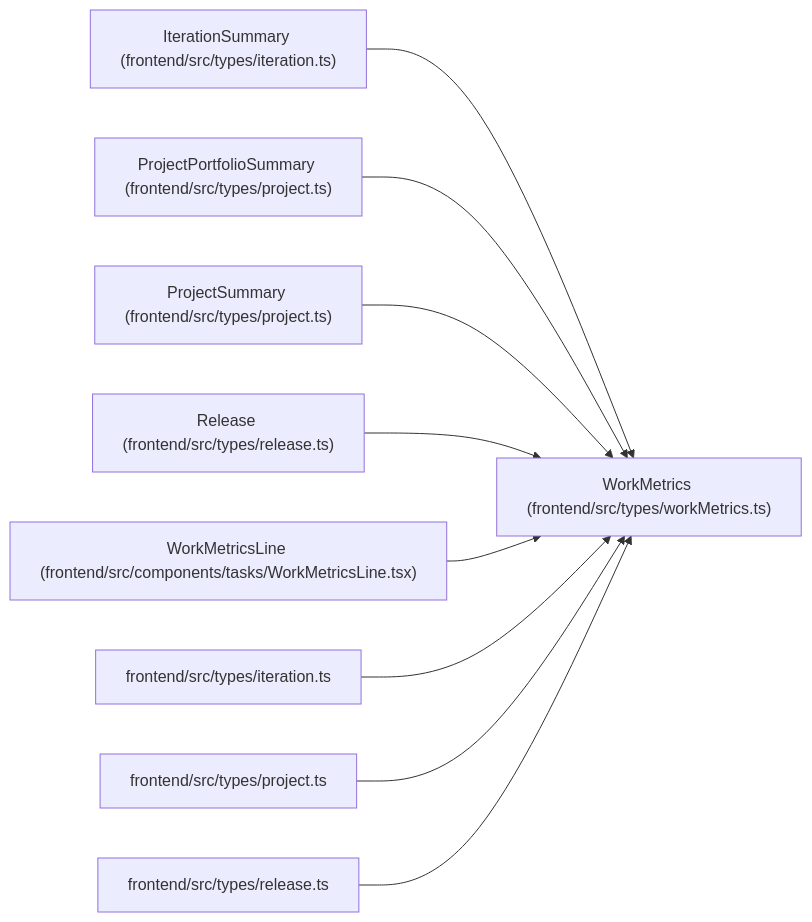
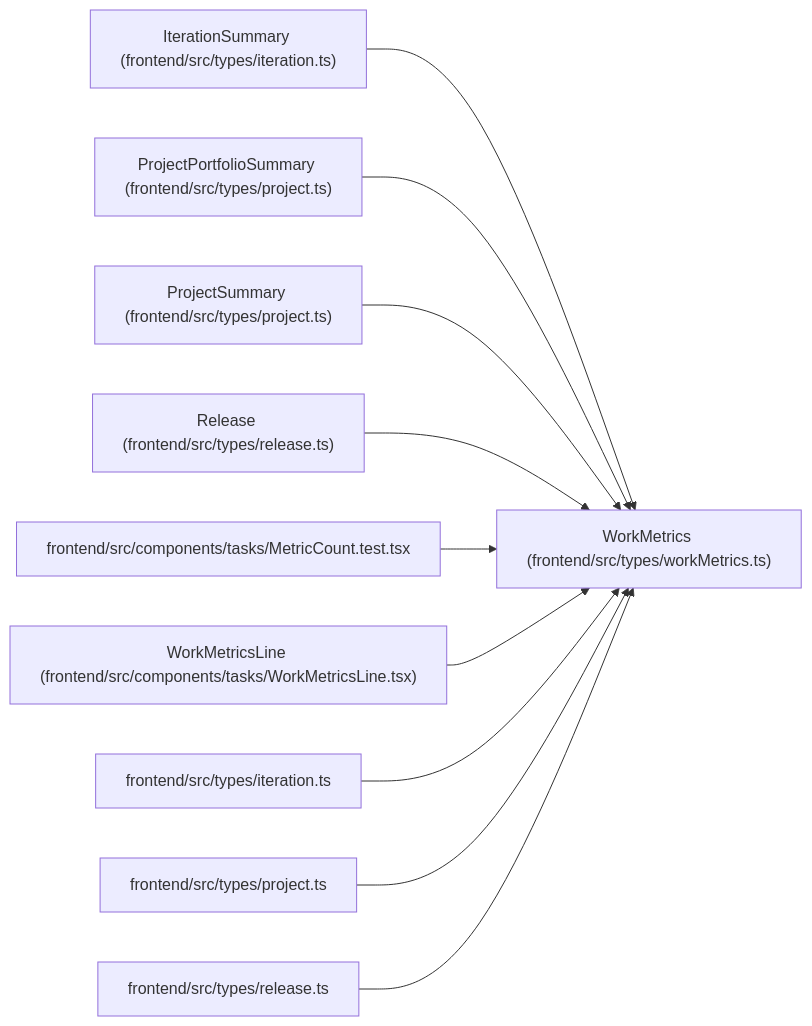
The diagram in docs/llm_wiki/entities/WorkMetrics.md (Denissvgn/WorkChord), drawn with Mermaid before and after one commit. The commit also changed other lines of this file and 543 other files, not shown here.

````diff
--- a/docs/llm_wiki/entities/WorkMetrics.md
+++ b/docs/llm_wiki/entities/WorkMetrics.md
@@ -37,29 +37,32 @@
 ```mermaid
 flowchart LR
     n0["WorkMetrics (frontend/src/types/workMetrics.ts)"]
     n1["IterationSummary (frontend/src/types/iteration.ts)"]
     n2["ProjectPortfolioSummary (frontend/src/types/project.ts)"]
     n3["ProjectSummary (frontend/src/types/project.ts)"]
     n4["Release (frontend/src/types/release.ts)"]
-    n5["WorkMetricsLine (frontend/src/components/tasks/WorkMetricsLine.tsx)"]
-    n6["frontend/src/types/iteration.ts"]
-    n7["frontend/src/types/project.ts"]
-    n8["frontend/src/types/release.ts"]
+    n5["frontend/src/components/tasks/MetricCount.test.tsx"]
+    n6["WorkMetricsLine (frontend/src/components/tasks/WorkMetricsLine.tsx)"]
+    n7["frontend/src/types/iteration.ts"]
+    n8["frontend/src/types/project.ts"]
+    n9["frontend/src/types/release.ts"]
     n1 --> n0
     n2 --> n0
     n3 --> n0
     n4 --> n0
     n5 --> n0
     n6 --> n0
     n7 --> n0
     n8 --> n0
+    n9 --> n0
     click n0 "../modules/workMetrics.md"
     click n1 "../modules/types_iteration.md"
     click n2 "../modules/types_project.md"
     click n3 "../modules/types_project.md"
     click n4 "../modules/types_release.md"
-    click n5 "../modules/WorkMetricsLine.md"
-    click n6 "../modules/types_iteration.md"
-    click n7 "../modules/types_project.md"
-    click n8 "../modules/types_release.md"
+    click n5 "../modules/MetricCount.test.md"
+    click n6 "../modules/WorkMetricsLine.md"
+    click n7 "../modules/types_iteration.md"
+    click n8 "../modules/types_project.md"
+    click n9 "../modules/types_release.md"
 ```
````
